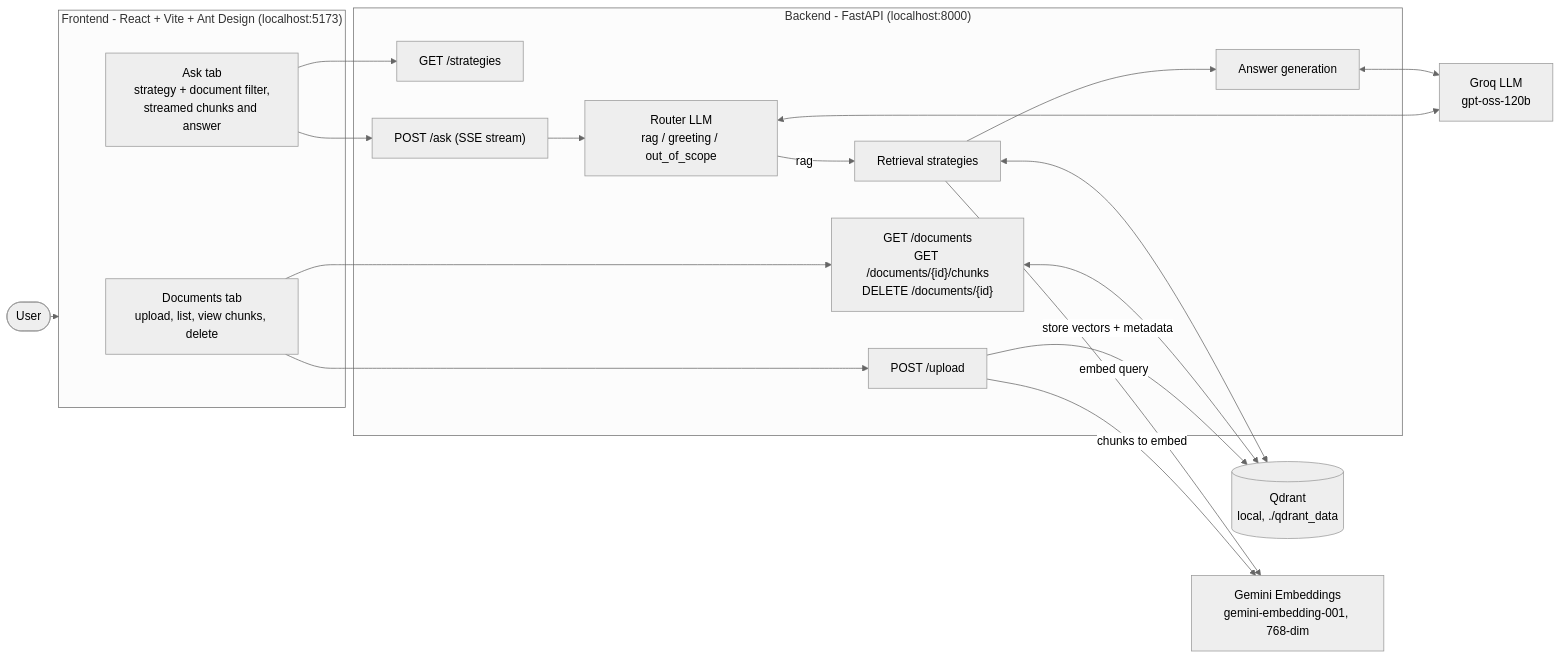
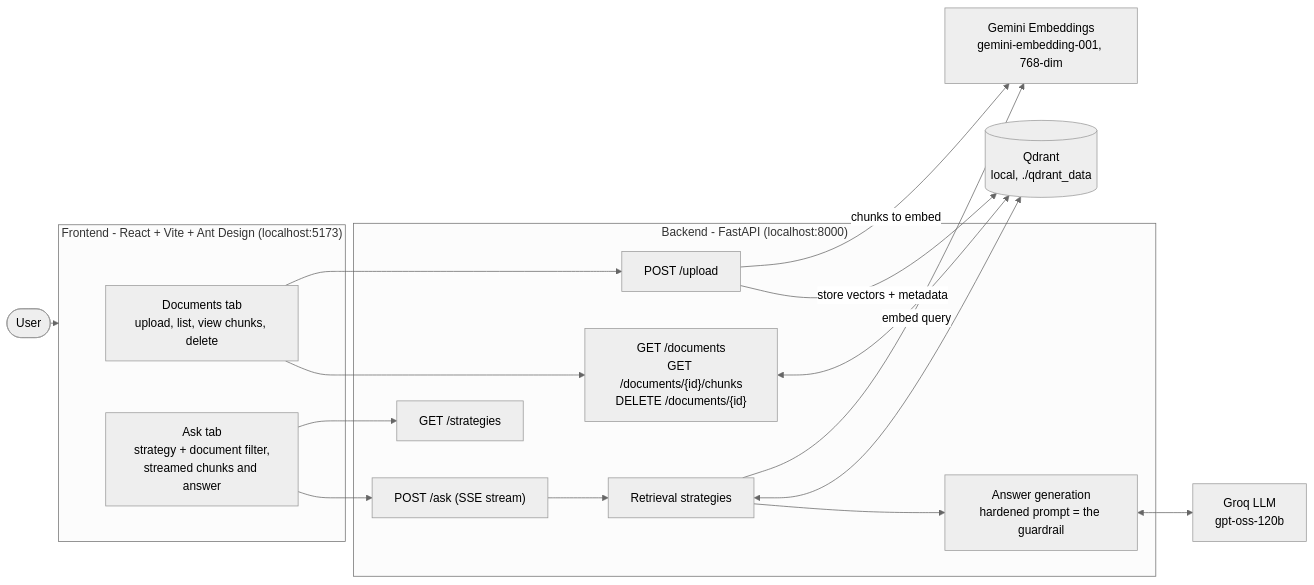
One commit to Jainilshah07/Financial-Rag changed the first of 4 diagrams in ARCHITECTURE.md. Above: the diagram before and after it, drawn with Mermaid (neutral theme). The commit also changed other lines of this file and 39 other files, not shown here.

````diff
--- a/ARCHITECTURE.md
+++ b/ARCHITECTURE.md
@@ -9,39 +9,36 @@
 ```mermaid
 flowchart LR
     User([User])
 
     subgraph FE["Frontend  -  React + Vite + Ant Design  (localhost:5173)"]
         Docs["Documents tab<br/>upload, list, view chunks, delete"]
         Ask["Ask tab<br/>strategy + document filter,<br/>streamed chunks and answer"]
     end
 
     subgraph BE["Backend  -  FastAPI  (localhost:8000)"]
         Upload["POST /upload"]
         DocsAPI["GET /documents<br/>GET /documents/{id}/chunks<br/>DELETE /documents/{id}"]
         Strat["GET /strategies"]
         AskAPI["POST /ask  (SSE stream)"]
-        Router["Router LLM<br/>rag / greeting / out_of_scope"]
         Retr["Retrieval strategies"]
-        Gen["Answer generation"]
+        Gen["Answer generation<br/>hardened prompt = the guardrail"]
     end
 
     Qdrant[("Qdrant<br/>local, ./qdrant_data")]
     Gemini["Gemini Embeddings<br/>gemini-embedding-001, 768-dim"]
     Groq["Groq LLM<br/>gpt-oss-120b"]
 
     User --> FE
     Docs --> Upload & DocsAPI
     Ask --> Strat & AskAPI
 
     Upload -- "chunks to embed" --> Gemini
     Upload -- "store vectors + metadata" --> Qdrant
     DocsAPI <--> Qdrant
 
-    AskAPI --> Router
-    Router <--> Groq
-    Router -- "rag" --> Retr
+    AskAPI --> Retr
     Retr -- "embed query" --> Gemini
     Retr <--> Qdrant
     Retr --> Gen
     Gen <--> Groq
 ```
````
